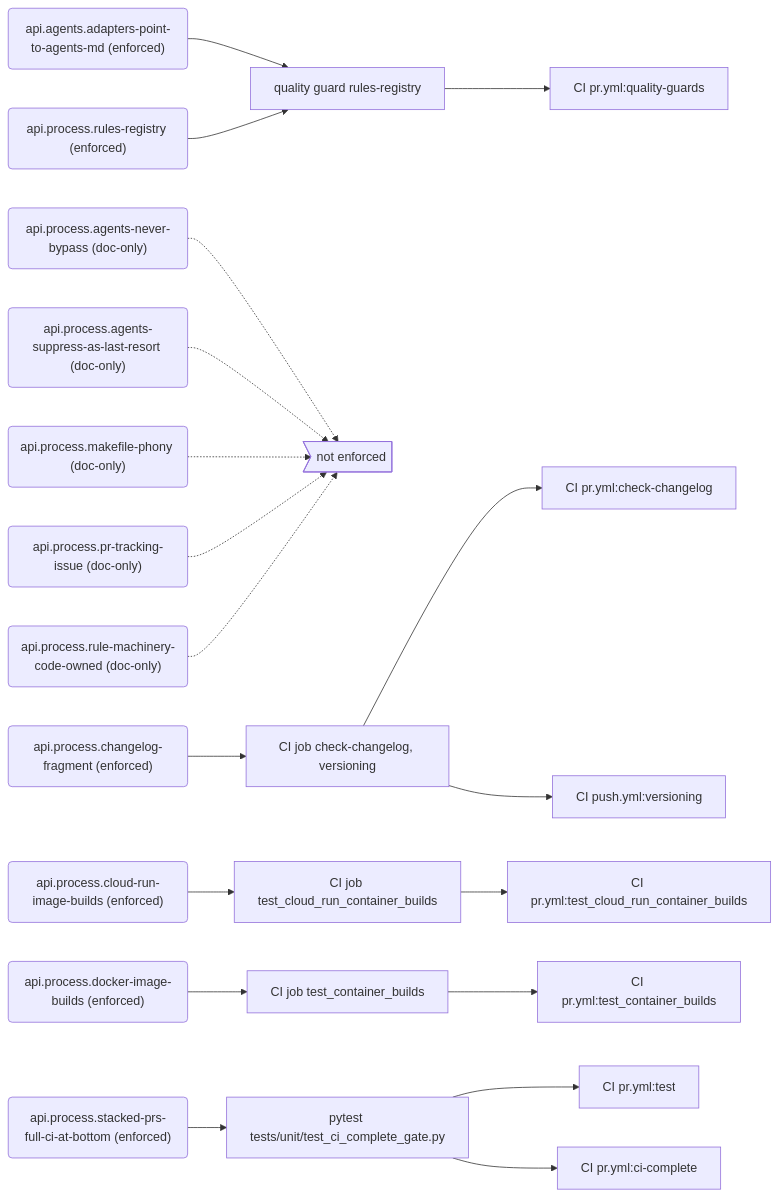
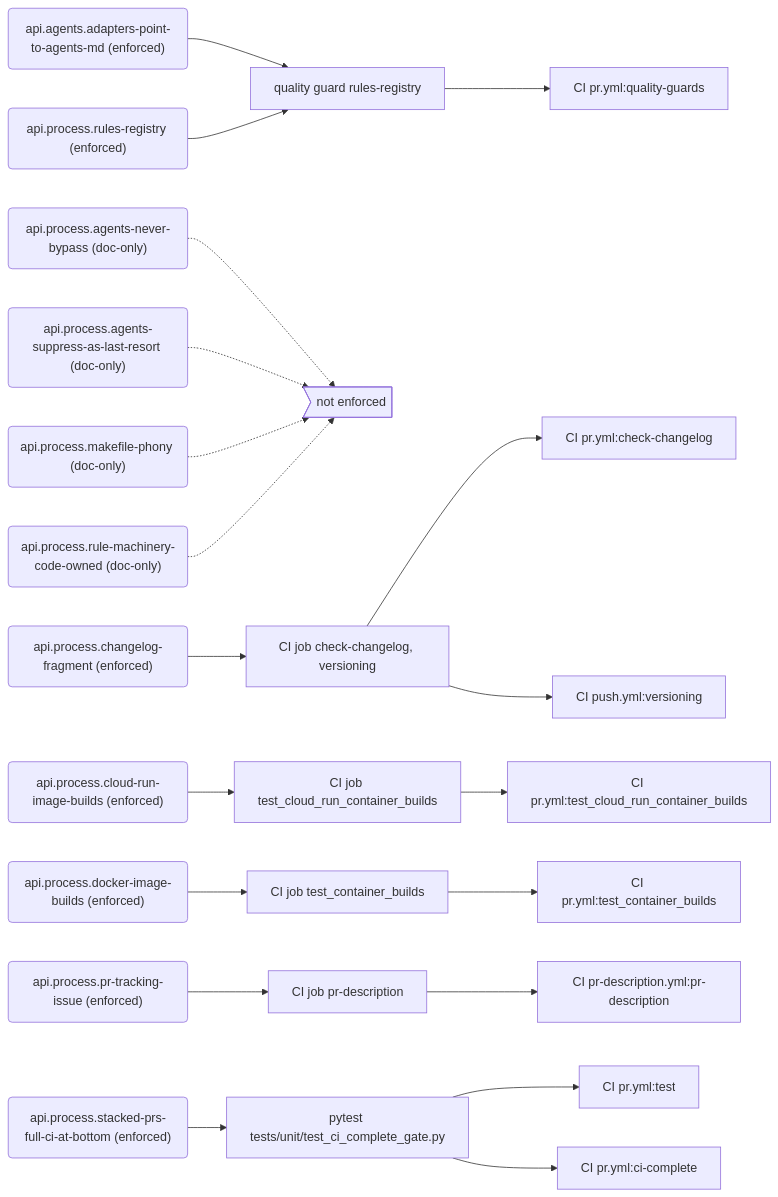
Before and after one commit to PolicyEngine/policyengine-api: diagram 11 of 11 in docs/generated/rules.md, drawn with Mermaid. The commit also changed other lines of this file and 9 other files, not shown here.

First line of the commit message:
Check that every PR description starts with Fixes #N for an open issue

````diff
--- a/docs/generated/rules.md
+++ b/docs/generated/rules.md
@@ -482,45 +481,48 @@
 ```mermaid
 flowchart LR
   r_api_agents_adapters_point_to_agents_md("api.agents.adapters-point-to-agents-md (enforced)")
   e_quality_guard_rules_registry["quality guard rules-registry"]
   j_CI_pr_yml_quality_guards["CI pr.yml:quality-guards"]
   r_api_process_agents_never_bypass("api.process.agents-never-bypass (doc-only)")
   gap_unenforced>"not enforced"]
   r_api_process_agents_suppress_as_last_resort("api.process.agents-suppress-as-last-resort (doc-only)")
   r_api_process_changelog_fragment("api.process.changelog-fragment (enforced)")
   e_CI_job_check_changelog__versioning["CI job check-changelog, versioning"]
   j_CI_pr_yml_check_changelog["CI pr.yml:check-changelog"]
   j_CI_push_yml_versioning["CI push.yml:versioning"]
   r_api_process_cloud_run_image_builds("api.process.cloud-run-image-builds (enforced)")
   e_CI_job_test_cloud_run_container_builds["CI job test_cloud_run_container_builds"]
   j_CI_pr_yml_test_cloud_run_container_builds["CI pr.yml:test_cloud_run_container_builds"]
   r_api_process_docker_image_builds("api.process.docker-image-builds (enforced)")
   e_CI_job_test_container_builds["CI job test_container_builds"]
   j_CI_pr_yml_test_container_builds["CI pr.yml:test_container_builds"]
   r_api_process_makefile_phony("api.process.makefile-phony (doc-only)")
-  r_api_process_pr_tracking_issue("api.process.pr-tracking-issue (doc-only)")
+  r_api_process_pr_tracking_issue("api.process.pr-tracking-issue (enforced)")
+  e_CI_job_pr_description["CI job pr-description"]
+  j_CI_pr_description_yml_pr_description["CI pr-description.yml:pr-description"]
   r_api_process_rule_machinery_code_owned("api.process.rule-machinery-code-owned (doc-only)")
   r_api_process_rules_registry("api.process.rules-registry (enforced)")
   r_api_process_stacked_prs_full_ci_at_bottom("api.process.stacked-prs-full-ci-at-bottom (enforced)")
   e_pytest_tests_unit_test_ci_complete_gate_py["pytest tests/unit/test_ci_complete_gate.py"]
   j_CI_pr_yml_test["CI pr.yml:test"]
   j_CI_pr_yml_ci_complete["CI pr.yml:ci-complete"]
   r_api_agents_adapters_point_to_agents_md --> e_quality_guard_rules_registry
   e_quality_guard_rules_registry --> j_CI_pr_yml_quality_guards
   r_api_process_agents_never_bypass -.-> gap_unenforced
   r_api_process_agents_suppress_as_last_resort -.-> gap_unenforced
   r_api_process_changelog_fragment --> e_CI_job_check_changelog__versioning
   e_CI_job_check_changelog__versioning --> j_CI_pr_yml_check_changelog
   e_CI_job_check_changelog__versioning --> j_CI_push_yml_versioning
   r_api_process_cloud_run_image_builds --> e_CI_job_test_cloud_run_container_builds
   e_CI_job_test_cloud_run_container_builds --> j_CI_pr_yml_test_cloud_run_container_builds
   r_api_process_docker_image_builds --> e_CI_job_test_container_builds
   e_CI_job_test_container_builds --> j_CI_pr_yml_test_container_builds
   r_api_process_makefile_phony -.-> gap_unenforced
-  r_api_process_pr_tracking_issue -.-> gap_unenforced
+  r_api_process_pr_tracking_issue --> e_CI_job_pr_description
+  e_CI_job_pr_description --> j_CI_pr_description_yml_pr_description
   r_api_process_rule_machinery_code_owned -.-> gap_unenforced
   r_api_process_rules_registry --> e_quality_guard_rules_registry
   r_api_process_stacked_prs_full_ci_at_bottom --> e_pytest_tests_unit_test_ci_complete_gate_py
   e_pytest_tests_unit_test_ci_complete_gate_py --> j_CI_pr_yml_test
   e_pytest_tests_unit_test_ci_complete_gate_py --> j_CI_pr_yml_ci_complete
 ```
````
